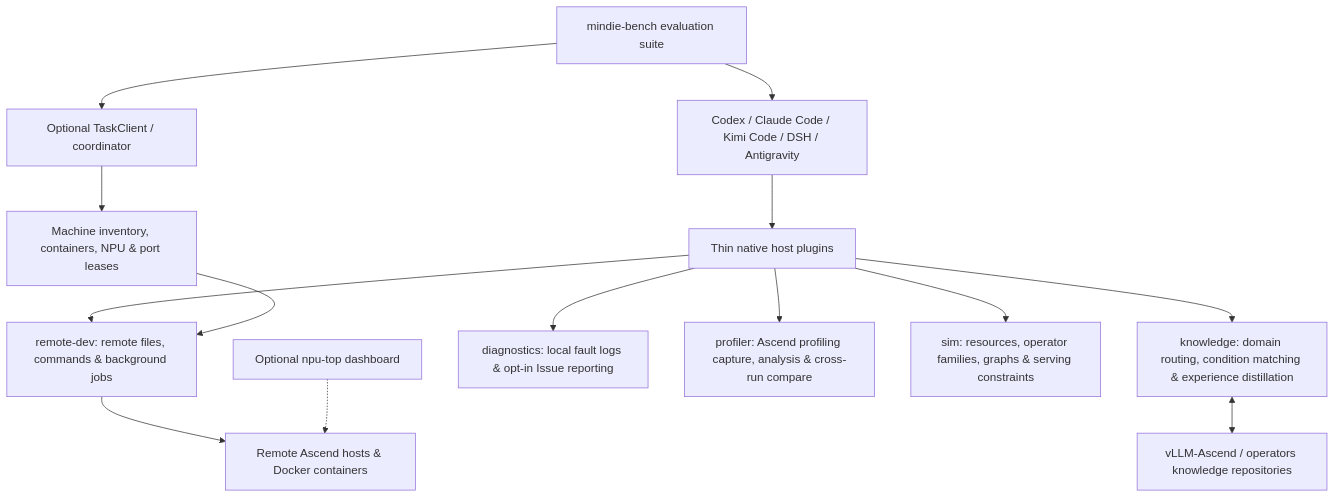
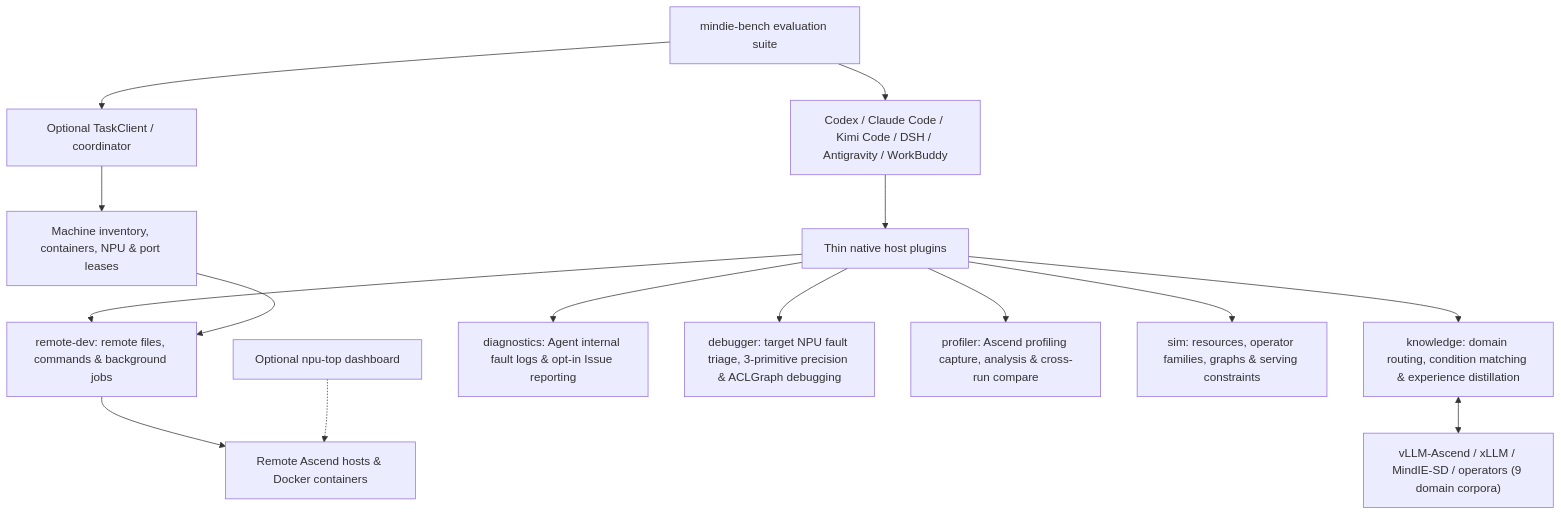
Before and after one commit to mindie-agent/mindie-agent: the diagram in docs/architecture.en.md, drawn with Mermaid. The commit also changed other lines of this file and 20 other files, not shown here.

Commit message:
release: mindie-agent v0.1.7 (Tencent WorkBuddy plugin, mindie-debugger, sim v0.9.2, and 9-corpus sync)

````diff
--- a/docs/architecture.en.md
+++ b/docs/architecture.en.md
@@ -11,16 +11,17 @@
 ```mermaid
 flowchart TB
-    H["Codex / Claude Code / Kimi Code / DSH / Antigravity"] --> P["Thin native host plugins"]
+    H["Codex / Claude Code / Kimi Code / DSH / Antigravity / WorkBuddy"] --> P["Thin native host plugins"]
     P --> K["knowledge: domain routing, condition matching & experience distillation"]
     P --> R["remote-dev: remote files, commands & background jobs"]
-    P --> D["diagnostics: local fault logs & opt-in Issue reporting"]
+    P --> D["diagnostics: Agent internal fault logs & opt-in Issue reporting"]
+    P --> DB["debugger: target NPU fault triage, 3-primitive precision & ACLGraph debugging"]
     P --> PR["profiler: Ascend profiling capture, analysis & cross-run compare"]
     P --> S["sim: resources, operator families, graphs & serving constraints"]
-    K <--> F["vLLM-Ascend / operators knowledge repositories"]
+    K <--> F["vLLM-Ascend / xLLM / MindIE-SD / operators (9 domain corpora)"]
     T["Optional TaskClient / coordinator"] --> Q["Machine inventory, containers, NPU & port leases"]
     Q --> R
     R --> N["Remote Ascend hosts & Docker containers"]
     M["Optional npu-top dashboard"] -.-> N
     B["mindie-bench evaluation suite"] --> T
     B --> H
 ```
````
